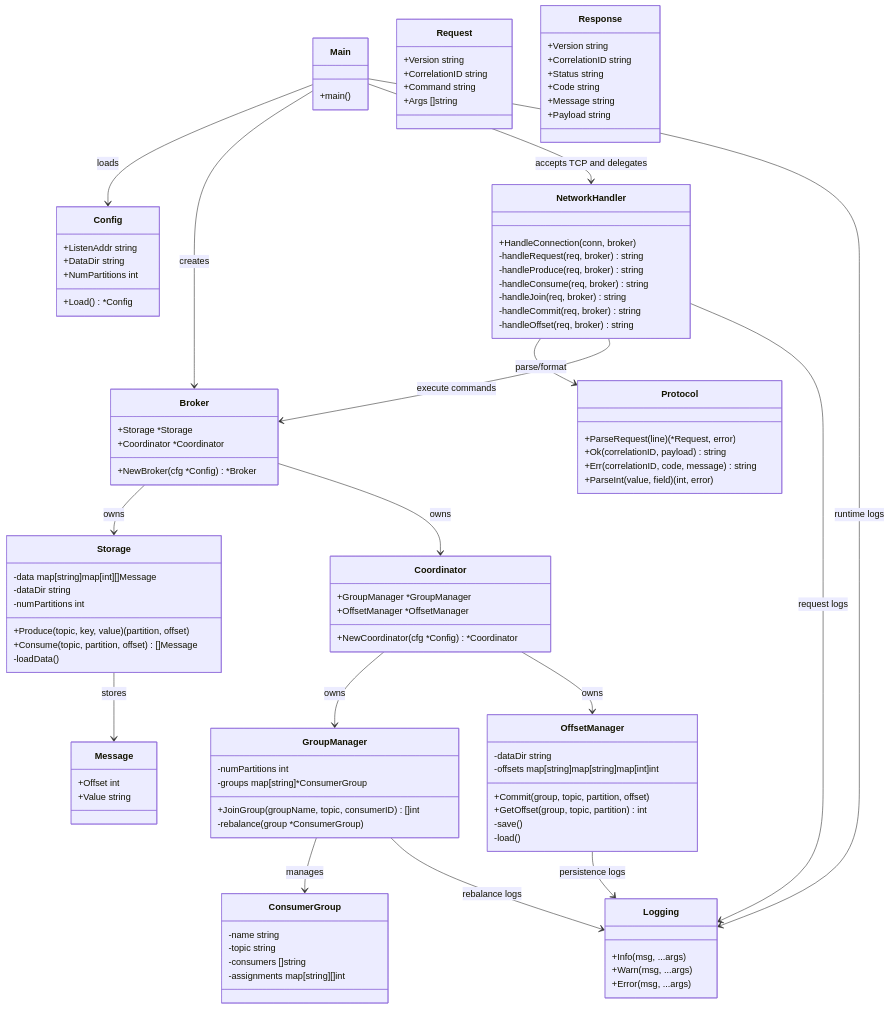
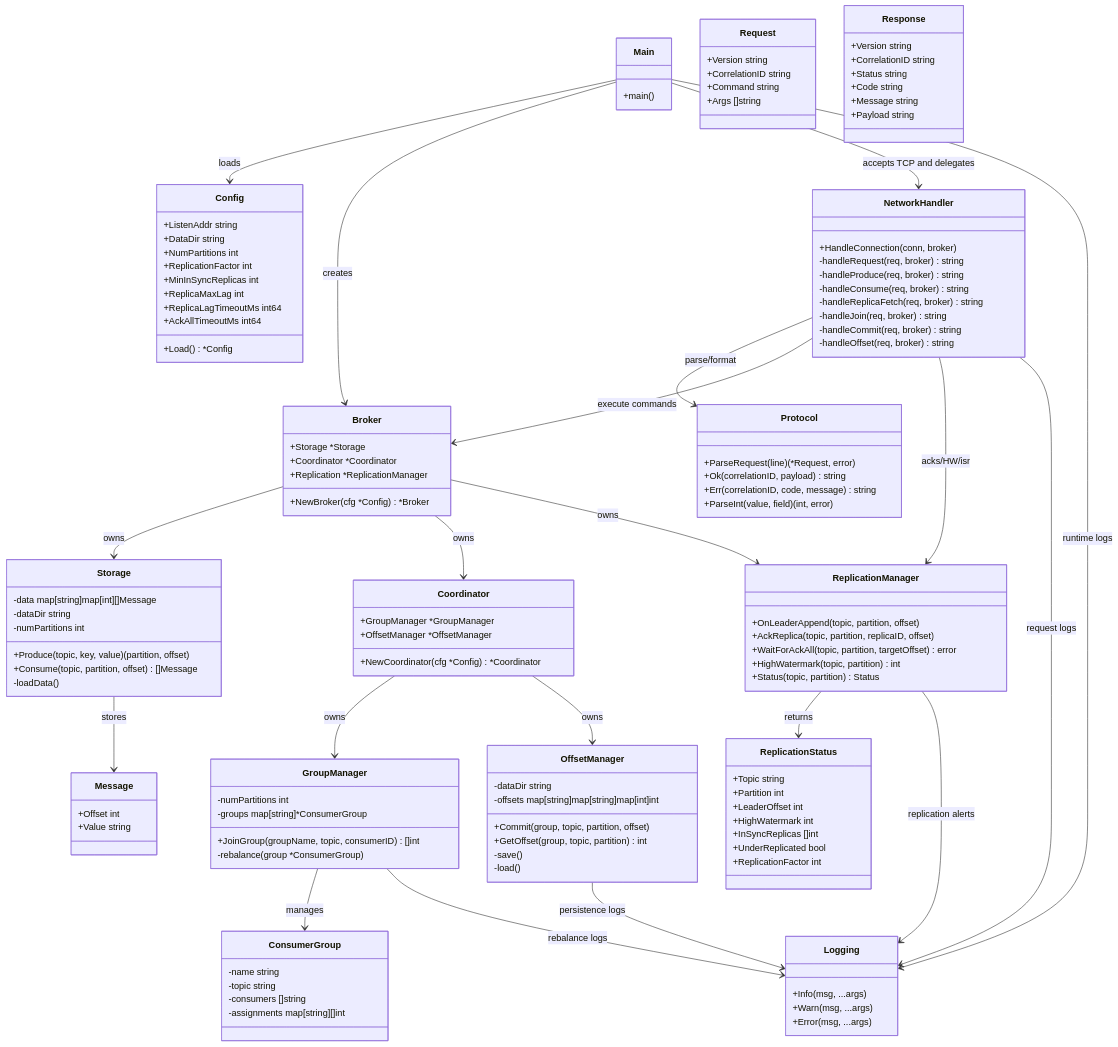
One commit to srajandev98/distributed-real-time-event-streaming changed the diagram in core/architecture/CLASS_DIAGRAM.md. Above: the diagram before and after it, drawn with Mermaid. The commit also changed other lines of this file and 1 other file, not shown here.

Commit message:
fix: architecture

````diff
--- a/core/architecture/CLASS_DIAGRAM.md
+++ b/core/architecture/CLASS_DIAGRAM.md
@@ -12,12 +12,18 @@
       +ListenAddr string
       +DataDir string
       +NumPartitions int
+      +ReplicationFactor int
+      +MinInSyncReplicas int
+      +ReplicaMaxLag int
+      +ReplicaLagTimeoutMs int64
+      +AckAllTimeoutMs int64
       +Load() *Config
     }
 
     class Broker {
       +Storage *Storage
       +Coordinator *Coordinator
+      +Replication *ReplicationManager
       +NewBroker(cfg *Config) *Broker
     }
 
@@ -92,9 +98,28 @@
       -handleRequest(req, broker) string
       -handleProduce(req, broker) string
       -handleConsume(req, broker) string
+      -handleReplicaFetch(req, broker) string
       -handleJoin(req, broker) string
       -handleCommit(req, broker) string
       -handleOffset(req, broker) string
+    }
+
+    class ReplicationManager {
+      +OnLeaderAppend(topic, partition, offset)
+      +AckReplica(topic, partition, replicaID, offset)
+      +WaitForAckAll(topic, partition, targetOffset) error
+      +HighWatermark(topic, partition) int
+      +Status(topic, partition) Status
+    }
+
+    class ReplicationStatus {
+      +Topic string
+      +Partition int
+      +LeaderOffset int
+      +HighWatermark int
+      +InSyncReplicas []int
+      +UnderReplicated bool
+      +ReplicationFactor int
     }
 
     class Logging {
@@ -109,6 +134,7 @@
 
     Broker --> Storage : owns
     Broker --> Coordinator : owns
+    Broker --> ReplicationManager : owns
 
     Coordinator --> GroupManager : owns
     Coordinator --> OffsetManager : owns
@@ -116,10 +142,13 @@
 
     NetworkHandler --> Protocol : parse/format
     NetworkHandler --> Broker : execute commands
+    NetworkHandler --> ReplicationManager : acks/HW/isr
     Storage --> Message : stores
+    ReplicationManager --> ReplicationStatus : returns
 
     Main --> Logging : runtime logs
     NetworkHandler --> Logging : request logs
     GroupManager --> Logging : rebalance logs
     OffsetManager --> Logging : persistence logs
+    ReplicationManager --> Logging : replication alerts
 ```
````
